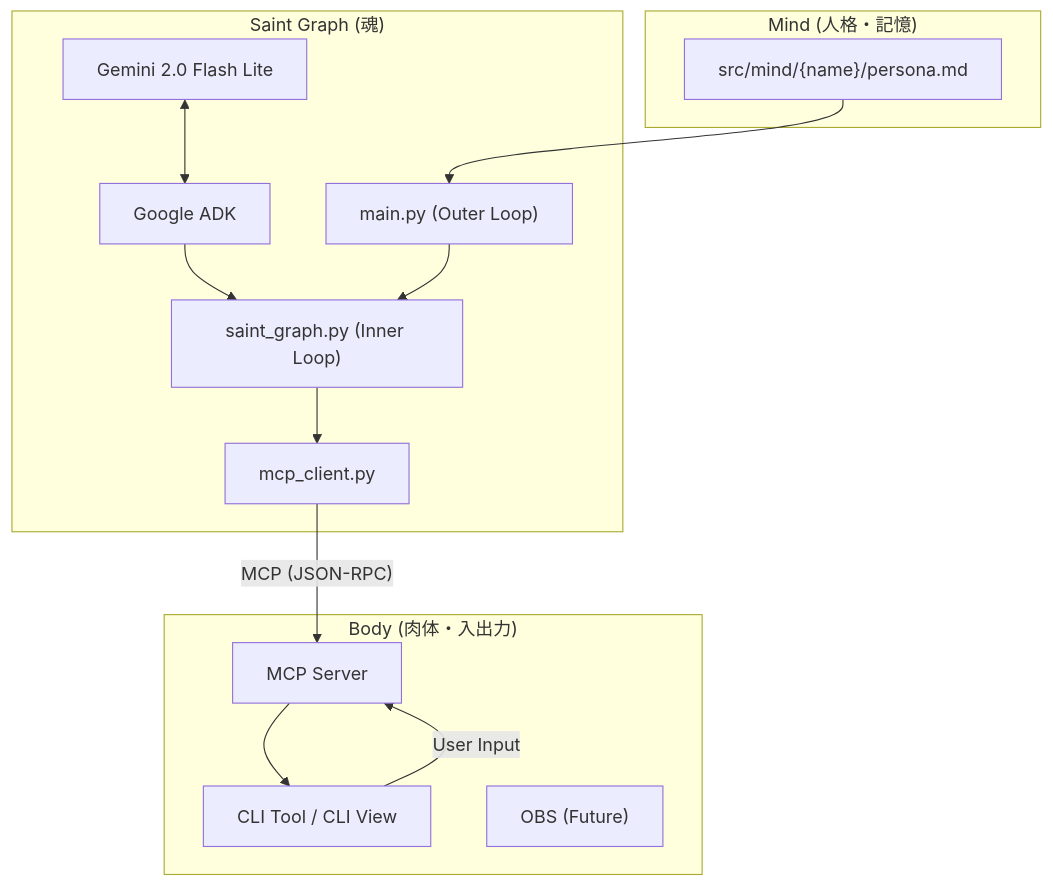
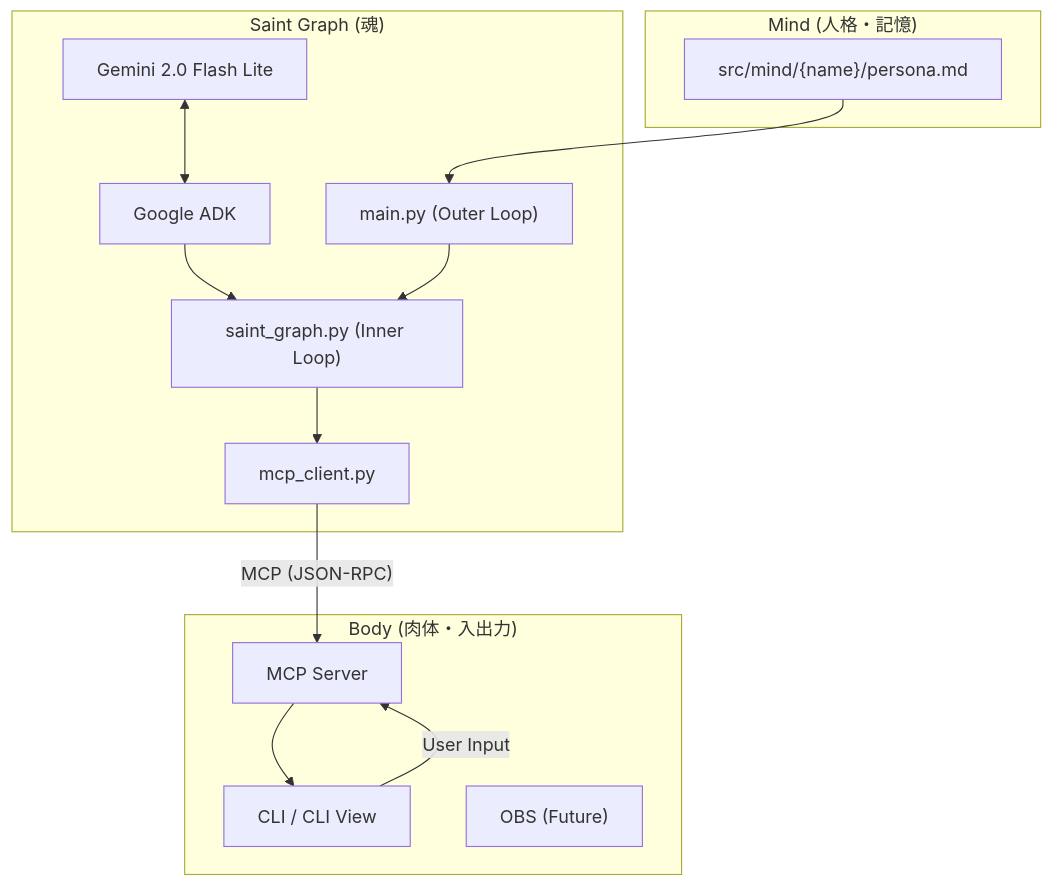
The diagram in docs/ARCHITECTURE.md (koduki/ai-tuber), drawn with Mermaid before and after one commit. The commit also changed other lines of this file and 5 other files, not shown here.

First line of the commit message:
chore: rename cli_tool directory to cli

````diff
--- a/docs/ARCHITECTURE.md
+++ b/docs/ARCHITECTURE.md
@@ -10,29 +10,29 @@
 ```mermaid
 graph TD
   subgraph Mind ["Mind (人格・記憶)"]
     Persona["src/mind/{name}/persona.md"]
   end
 
   subgraph SaintGraph ["Saint Graph (魂)"]
     Gemini["Gemini 2.0 Flash Lite"]
     ADK["Google ADK"]
     Logic["main.py (Outer Loop)"]
     Soul["saint_graph.py (Inner Loop)"]
     Client["mcp_client.py"]
   end
 
   subgraph Body ["Body (肉体・入出力)"]
     Server["MCP Server"]
-    CLI["CLI Tool / CLI View"]
+    CLI["CLI / CLI View"]
     Obs["OBS (Future)"]
   end
 
   Persona --> Logic
   Gemini <--> ADK
   ADK --> Soul
   Logic --> Soul
   Soul --> Client
   Client -- "MCP (JSON-RPC)" --> Server
   Server --> CLI
   CLI -- "User Input" --> Server
 ```
````
